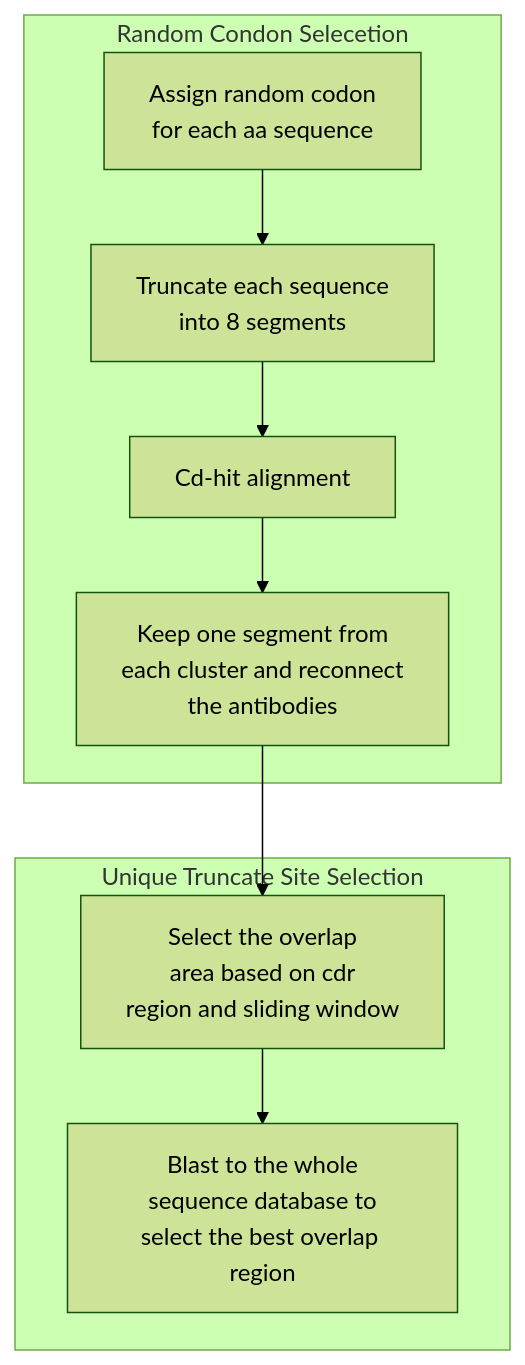
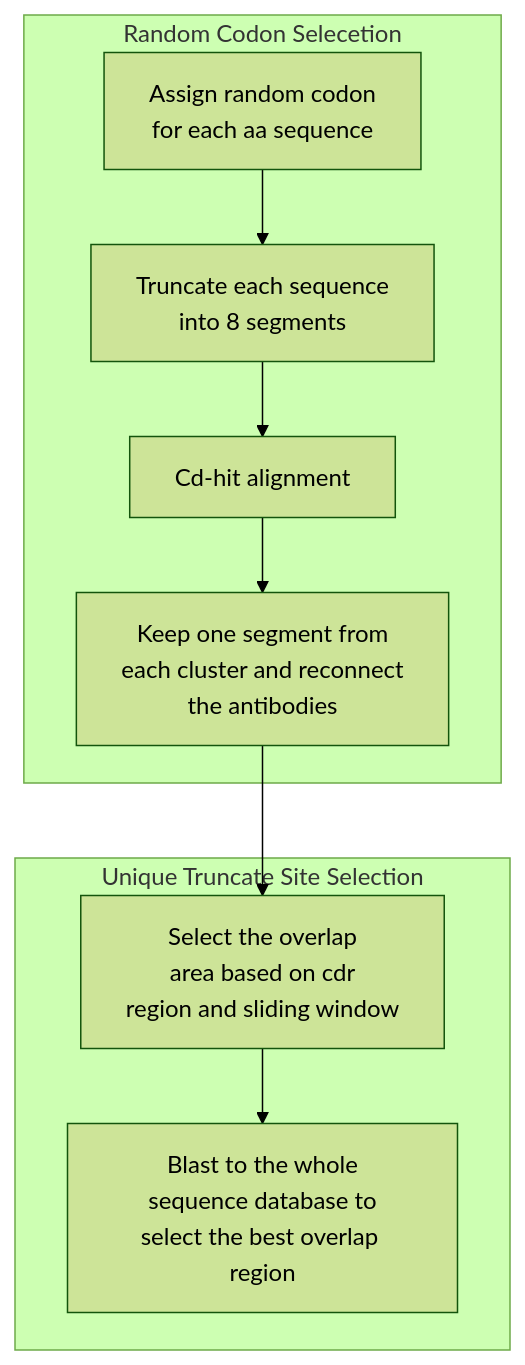
The diagram in README.md (nicwulab/oPool_display), drawn with Mermaid (forest theme) before and after one commit.

Commit message:
Readme Update

````diff
--- a/README.md
+++ b/README.md
@@ -23,16 +23,16 @@
 ```mermaid
 flowchart TD
     st[Assign random codon<br>for each aa sequence]
     step1[Truncate each sequence<br>into 8 segments]
     step2[Cd-hit alignment]
     step3[Keep one segment from<br>each cluster and reconnect<br>the antibodies]
     step4[Select the overlap<br>area based on cdr<br>region and sliding window]
     e[Blast to the whole<br>sequence database to<br>select the best overlap region]
 
-    subgraph one[Random Condon Selecetion]
+    subgraph one[Random Codon Selecetion]
     st-->step1-->step2-->step3
     end
     subgraph two[Unique Truncate Site Selection]
     step3-->step4-->e
     end
 ```
````
